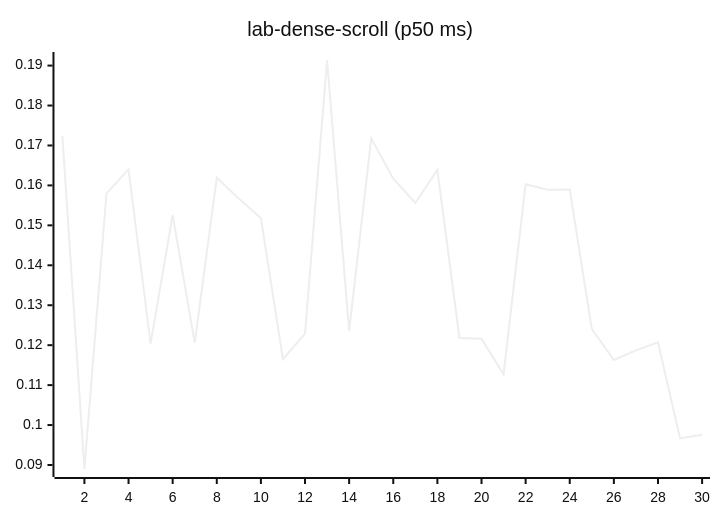
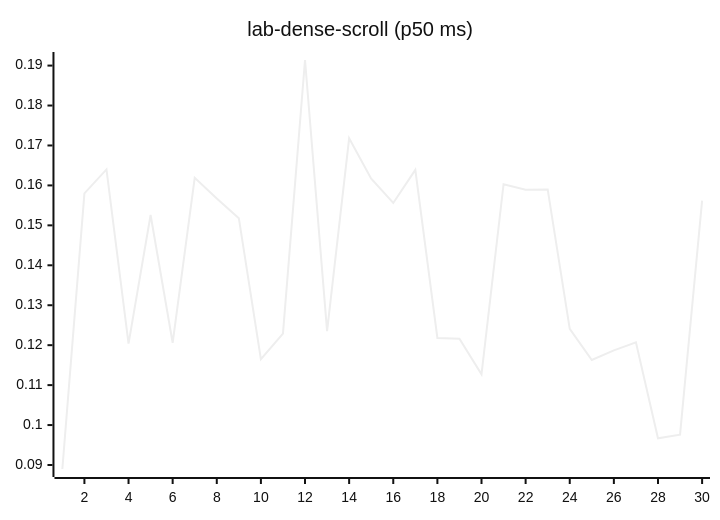
Diagram 12 of 27 in README.md (josha/Facet), drawn with Mermaid (neutral theme) before and after one commit. The commit also changed other lines of this file and 2 other files, not shown here.

````diff
--- a/README.md
+++ b/README.md
@@ -140,6 +140,6 @@
 ```mermaid
 xychart-beta
     title "lab-dense-scroll (p50 ms)"
     x-axis 1 --> 30
-    line [0.1724, 0.0890, 0.1580, 0.1640, 0.1204, 0.1526, 0.1206, 0.1619, 0.1567, 0.1518, 0.1165, 0.1229, 0.1914, 0.1235, 0.1718, 0.1617, 0.1556, 0.1639, 0.1218, 0.1216, 0.1127, 0.1603, 0.1589, 0.1590, 0.1241, 0.1163, 0.1187, 0.1207, 0.0967, 0.0976]
+    line [0.0890, 0.1580, 0.1640, 0.1204, 0.1526, 0.1206, 0.1619, 0.1567, 0.1518, 0.1165, 0.1229, 0.1914, 0.1235, 0.1718, 0.1617, 0.1556, 0.1639, 0.1218, 0.1216, 0.1127, 0.1603, 0.1589, 0.1590, 0.1241, 0.1163, 0.1187, 0.1207, 0.0967, 0.0976, 0.1562]
 ```
````
